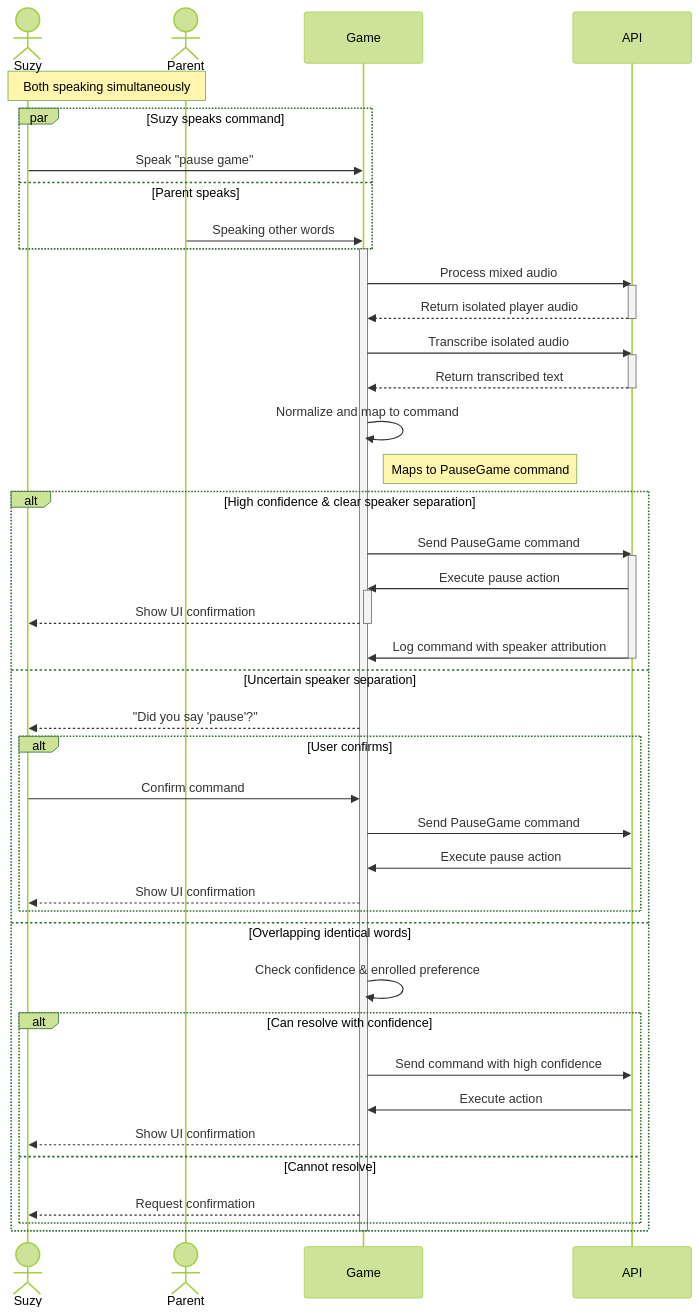
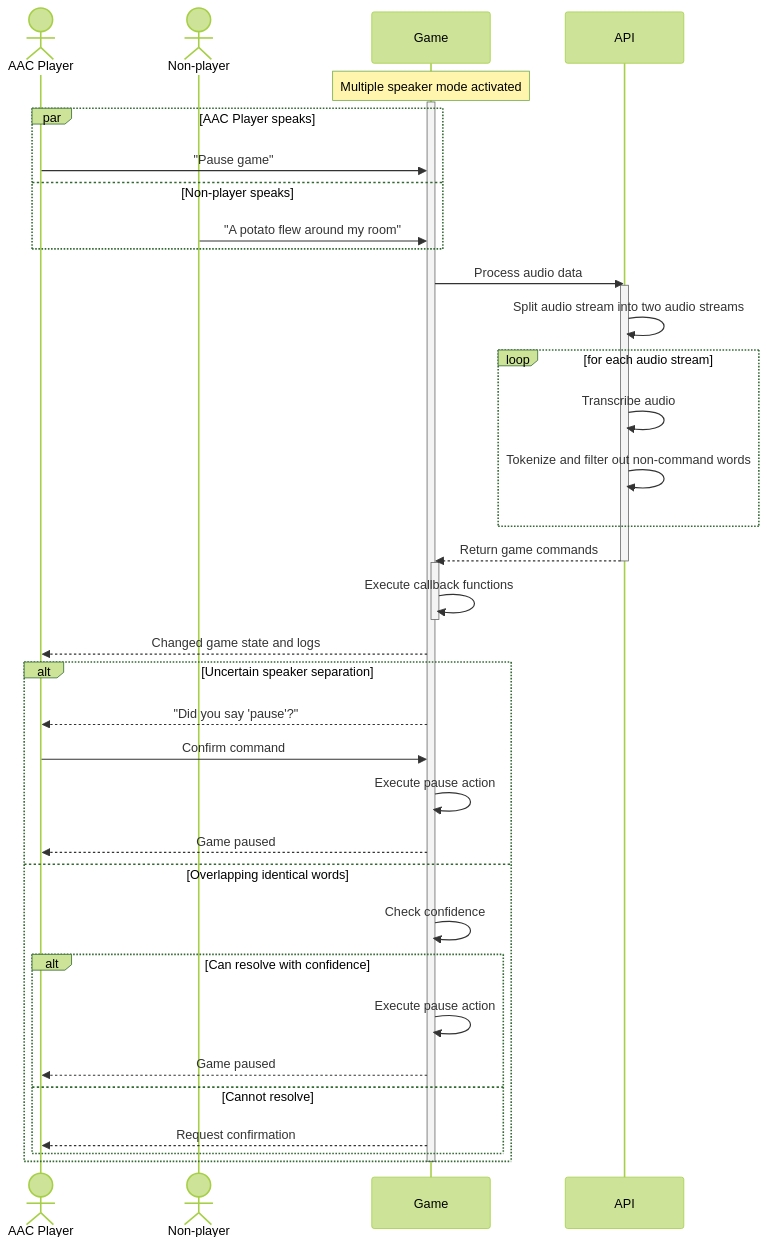
The third of 8 diagrams in documentation/docs/system-architecture/sequence-diagrams.md (Capstone-Projects-2025-Fall/project-001-aac-api), drawn with Mermaid (forest theme) before and after one commit. The commit also changed other lines of this file, not shown here.

Commit message:
update Sequence Diagram 3

````diff
--- a/documentation/docs/system-architecture/sequence-diagrams.md
+++ b/documentation/docs/system-architecture/sequence-diagrams.md
@@ -76,57 +76,46 @@
 ```mermaid
 sequenceDiagram
-    actor Suzy
-    actor Parent
+    actor AAC Player
+    actor Non-player
     participant Game
     participant API
-    
-    Note over Suzy,Parent: Both speaking simultaneously
-    par Suzy speaks command
-        Suzy->>Game: Speak "pause game"
-    and Parent speaks
-        Parent->>Game: Speaking other words
+
+    Note over Game: Multiple speaker mode activated
+    activate Game
+
+    par AAC Player speaks
+        AAC Player->>Game: "Pause game"
+    and Non-player speaks
+        Non-player->>Game: "A potato flew around my room"
     end
     
+    Game->>API: Process audio data
+    activate API
+    API->>API: Split audio stream into two audio streams
+    loop for each audio stream
+        API->>API: Transcribe audio
+        API->>API: Tokenize and filter out non-command words
+    end
+    API-->>Game: Return game commands
+    deactivate API
     activate Game
-    Game->>API: Process mixed audio
-    activate API
-    API-->>Game: Return isolated player audio
-    deactivate API
+    Game->>Game: Execute callback functions
+    deactivate Game
+    Game-->>AAC Player: Changed game state and logs
     
-    Game->>API: Transcribe isolated audio
-    activate API
-    API-->>Game: Return transcribed text
-    deactivate API
-    
-    Game->>Game: Normalize and map to command
-    Note right of Game: Maps to PauseGame command
-    
-    alt High confidence & clear speaker separation
-        Game->>API: Send PauseGame command
-        activate API
-        API->>Game: Execute pause action
-        activate Game
-        Game-->>Suzy: Show UI confirmation
-        deactivate Game
-        API->>Game: Log command with speaker attribution
-        deactivate API
-    else Uncertain speaker separation
-        Game-->>Suzy: "Did you say 'pause'?"
-        alt User confirms
-            Suzy->>Game: Confirm command
-            Game->>API: Send PauseGame command
-            API->>Game: Execute pause action
-            Game-->>Suzy: Show UI confirmation
-        end
+    alt Uncertain speaker separation
+        Game-->>AAC Player: "Did you say 'pause'?"
+        AAC Player->>Game: Confirm command
+        Game->>Game: Execute pause action
+        Game-->>AAC Player: Game paused
     else Overlapping identical words
-        Game->>Game: Check confidence & enrolled preference
+        Game->>Game: Check confidence 
         alt Can resolve with confidence
-            Game->>API: Send command with high confidence
-            API->>Game: Execute action
-            Game-->>Suzy: Show UI confirmation
+            Game->>Game: Execute pause action
+            Game-->>AAC Player: Game paused
         else Cannot resolve
-            Game-->>Suzy: Request confirmation
+            Game-->>AAC Player: Request confirmation
         end
     end
     deactivate Game
 ```
````
